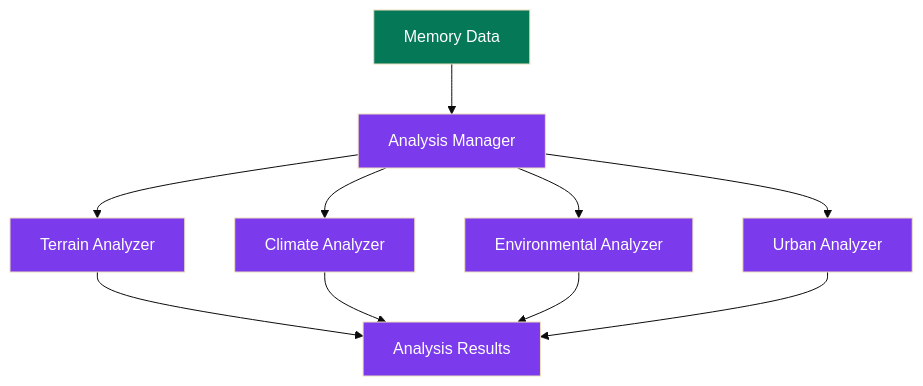
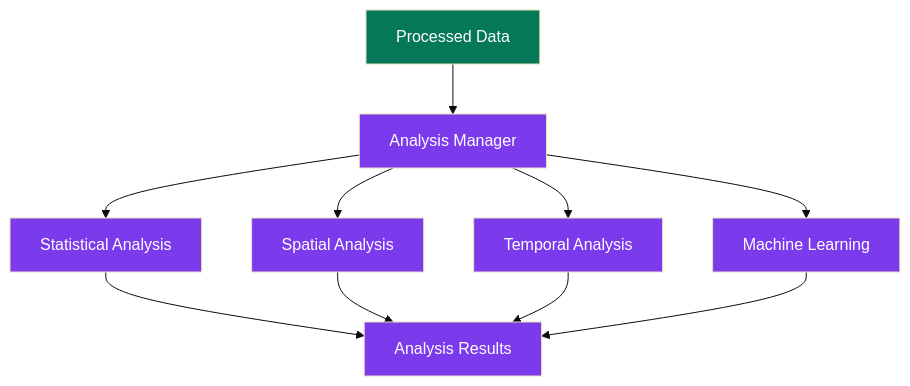
The fifth of 7 diagrams in docs/source/core_concepts/data_flow.rst (Vortx-AI/memories-dev), drawn with Mermaid (base theme) before and after one commit. The commit also changed other lines of this file and 19 other files, not shown here.

```diff
--- a/docs/source/core_concepts/data_flow.rst
+++ b/docs/source/core_concepts/data_flow.rst
@@ -280,20 +465,20 @@
 .. mermaid::
    :align: center
 
    flowchart TD
-       A[Memory Data] --> B[Analysis Manager]
+       A[Processed Data] --> B[Analysis Manager]
        
-       B --> C1[Terrain Analyzer]
-       B --> C2[Climate Analyzer]
-       B --> C3[Environmental Analyzer]
-       B --> C4[Urban Analyzer]
+       B --> C1[Statistical Analysis]
+       B --> C2[Spatial Analysis]
+       B --> C3[Temporal Analysis]
+       B --> C4[Machine Learning]
        
        C1 & C2 & C3 & C4 --> D[Analysis Results]
        
        style A fill:#047857,color:white
        style B fill:#7c3aed,color:white
        style C1 fill:#7c3aed,color:white
        style C2 fill:#7c3aed,color:white
        style C3 fill:#7c3aed,color:white
        style C4 fill:#7c3aed,color:white
        style D fill:#7c3aed,color:white
```
